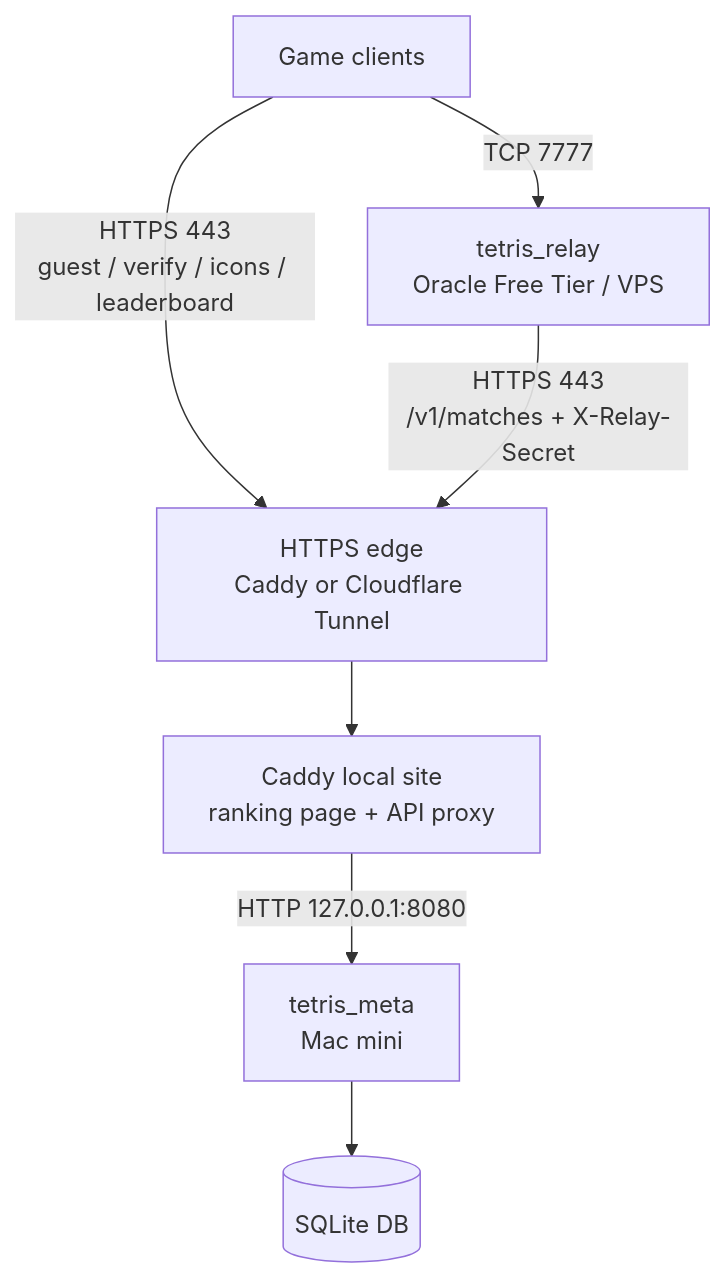
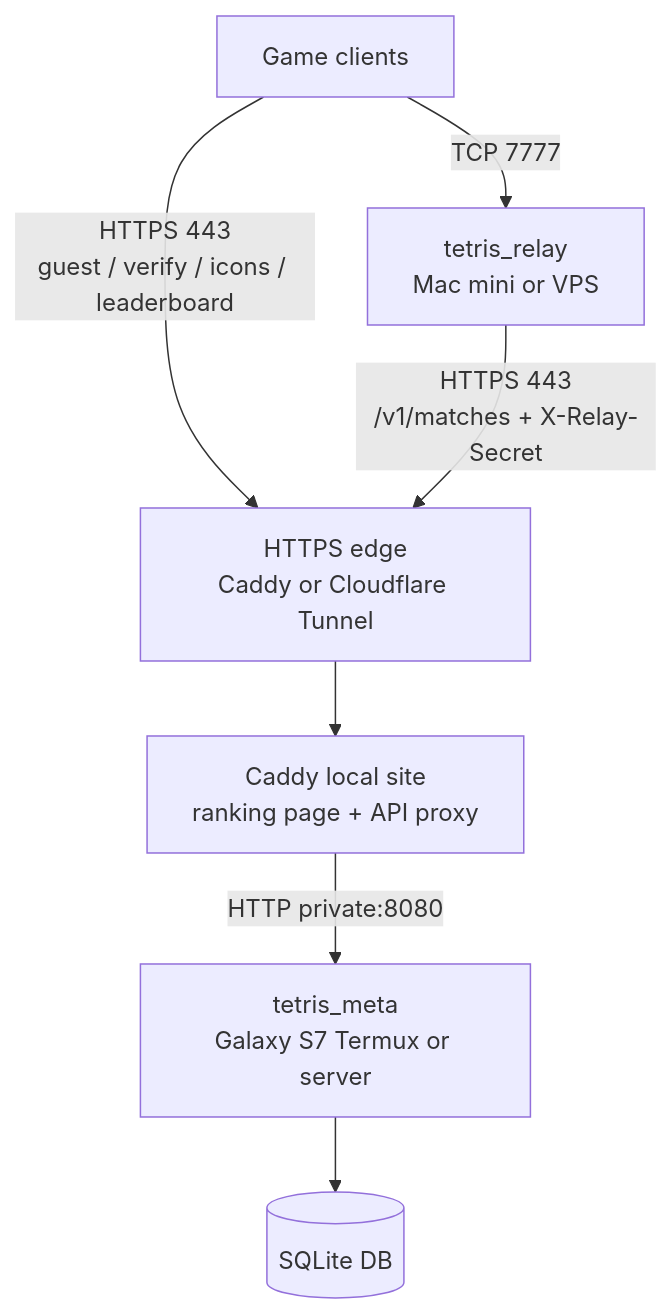
The diagram in docs/public-server-deployment.md (Rein-ArXiv/Tetris-Multiplayer-RL), drawn with Mermaid before and after one commit. The commit also changed other lines of this file and 39 other files, not shown here.

````diff
--- a/docs/public-server-deployment.md
+++ b/docs/public-server-deployment.md
@@ -11,9 +11,9 @@
 ```mermaid
 graph TB
-    C[Game clients] -- TCP 7777 --> R[tetris_relay<br/>Oracle Free Tier / VPS]
+    C[Game clients] -- TCP 7777 --> R[tetris_relay<br/>Mac mini or VPS]
     C -- HTTPS 443<br/>guest / verify / icons / leaderboard --> CF[HTTPS edge<br/>Caddy or Cloudflare Tunnel]
     R -- HTTPS 443<br/>/v1/matches + X-Relay-Secret --> CF
     CF --> W[Caddy local site<br/>ranking page + API proxy]
-    W -- HTTP 127.0.0.1:8080 --> M[tetris_meta<br/>Mac mini]
+    W -- HTTP private:8080 --> M[tetris_meta<br/>Galaxy S7 Termux or server]
     M --> DB[(SQLite DB)]
 ```
````
